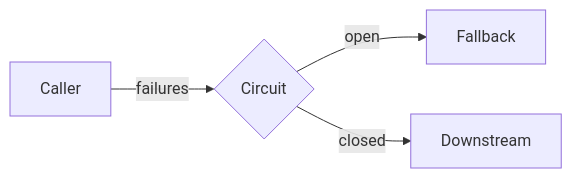
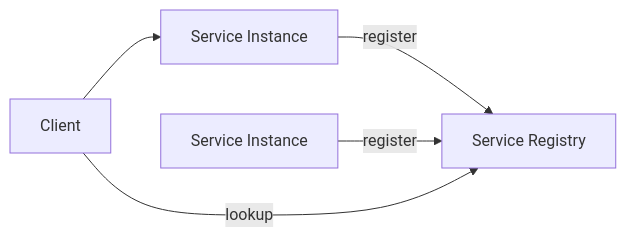
One commit to hareramcse/SystemDesign changed the fifth of 23 diagrams in 08-microservices/README.md. Above: the diagram before and after it, drawn with Mermaid. The commit also changed other lines of this file and 15 other files, not shown here.

````diff
--- a/08-microservices/README.md
+++ b/08-microservices/README.md
@@ -129,6 +241,7 @@
 ```mermaid
 flowchart LR
-    A[Caller] -->|failures| CB{Circuit}
-    CB -->|open| FB[Fallback]
-    CB -->|closed| B[Downstream]
+    S1[Service Instance] -->|register| Reg[Service Registry]
+    S2[Service Instance] -->|register| Reg
+    Client -->|lookup| Reg
+    Client --> S1
 ```
````
